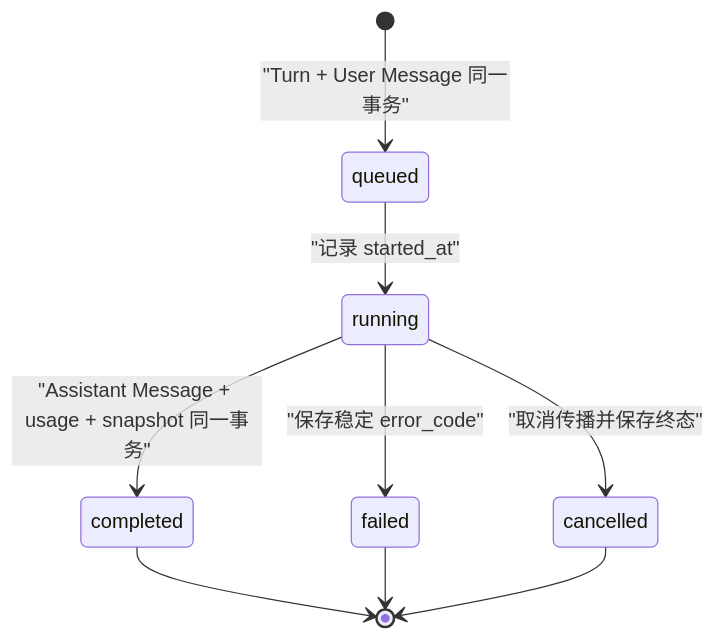
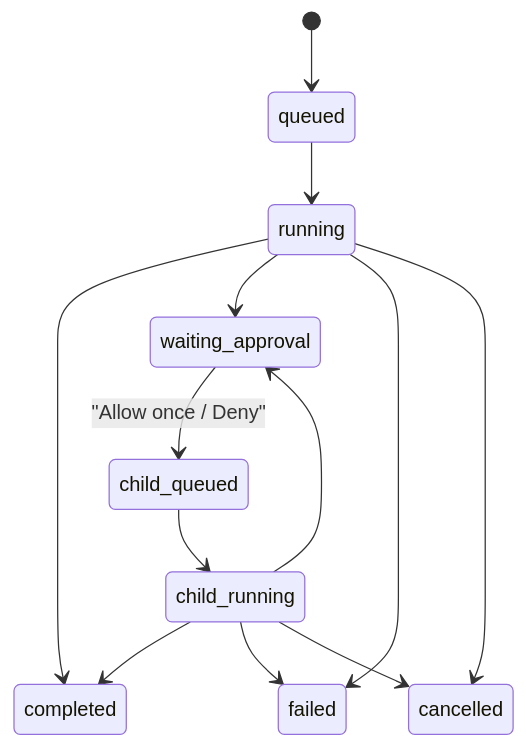
Before and after one commit to NEDONION/lobster0: the seventh of 9 diagrams in docs/architecture/20260807_系统架构.md, drawn with Mermaid. The commit also changed other lines of this file and 14 other files, not shown here.

````diff
--- a/docs/architecture/20260807_系统架构.md
+++ b/docs/architecture/20260807_系统架构.md
@@ -188,11 +186,15 @@
 ```mermaid
 stateDiagram-v2
-    [*] --> queued: "Turn + User Message 同一事务"
-    queued --> running: "记录 started_at"
-    running --> completed: "Assistant Message + usage + snapshot 同一事务"
-    running --> failed: "保存稳定 error_code"
-    running --> cancelled: "取消传播并保存终态"
-    completed --> [*]
-    failed --> [*]
-    cancelled --> [*]
+    [*] --> queued
+    queued --> running
+    running --> completed
+    running --> waiting_approval
+    running --> failed
+    running --> cancelled
+    waiting_approval --> child_queued: "Allow once / Deny"
+    child_queued --> child_running
+    child_running --> completed
+    child_running --> waiting_approval
+    child_running --> failed
+    child_running --> cancelled
 ```
````
